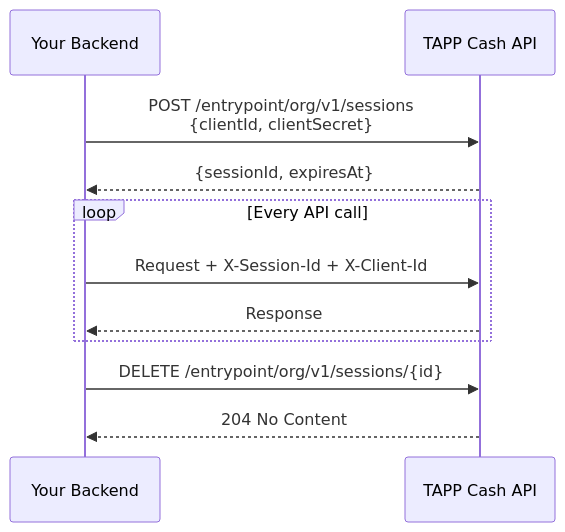
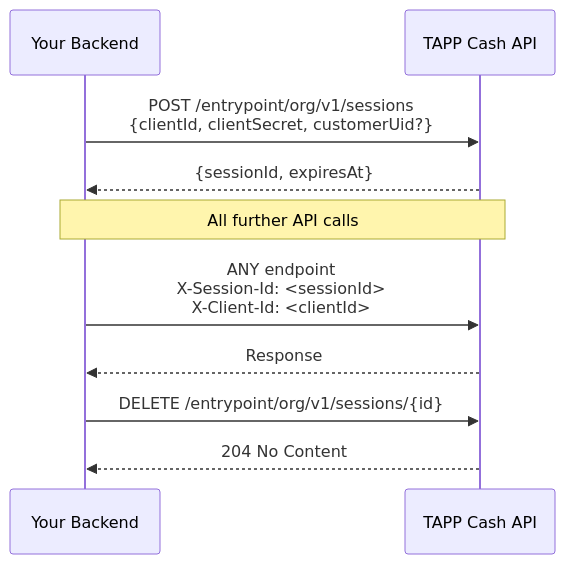
The diagram in docs/Getting Started/authentication.md (skhan-cpu/readme-paid), drawn with Mermaid before and after one commit. The commit also changed other lines of this file and 2 other files, not shown here.

Commit message:
Fix session endpoint visibiltiy issue

````diff
--- a/docs/Getting Started/authentication.md
+++ b/docs/Getting Started/authentication.md
@@ -49,16 +14,16 @@
 ```mermaid
 sequenceDiagram
     participant Backend as Your Backend
-    participant API as TAPP Cash API
+    participant Entrypoint as TAPP Cash API
 
-    Backend->>API: POST /entrypoint/org/v1/sessions<br/>{clientId, clientSecret}
-    API-->>Backend: {sessionId, expiresAt}
+    Backend->>Entrypoint: POST /entrypoint/org/v1/sessions<br/>{clientId, clientSecret, customerUid?}
+    Entrypoint-->>Backend: {sessionId, expiresAt}
 
-    loop Every API call
-        Backend->>API: Request + X-Session-Id + X-Client-Id
-        API-->>Backend: Response
-    end
+    Note over Backend,Entrypoint: All further API calls
 
-    Backend->>API: DELETE /entrypoint/org/v1/sessions/{id}
-    API-->>Backend: 204 No Content
+    Backend->>Entrypoint: ANY endpoint<br/>X-Session-Id: <sessionId><br/>X-Client-Id: <clientId>
+    Entrypoint-->>Backend: Response
+
+    Backend->>Entrypoint: DELETE /entrypoint/org/v1/sessions/{id}
+    Entrypoint-->>Backend: 204 No Content
 ```
````
